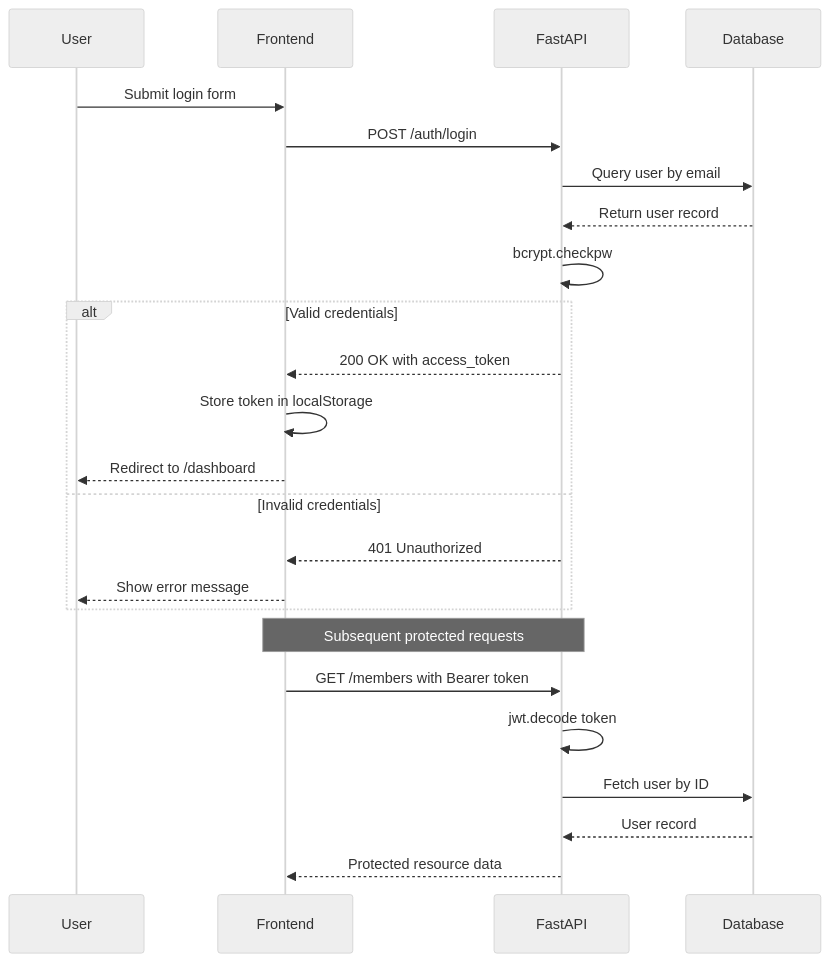
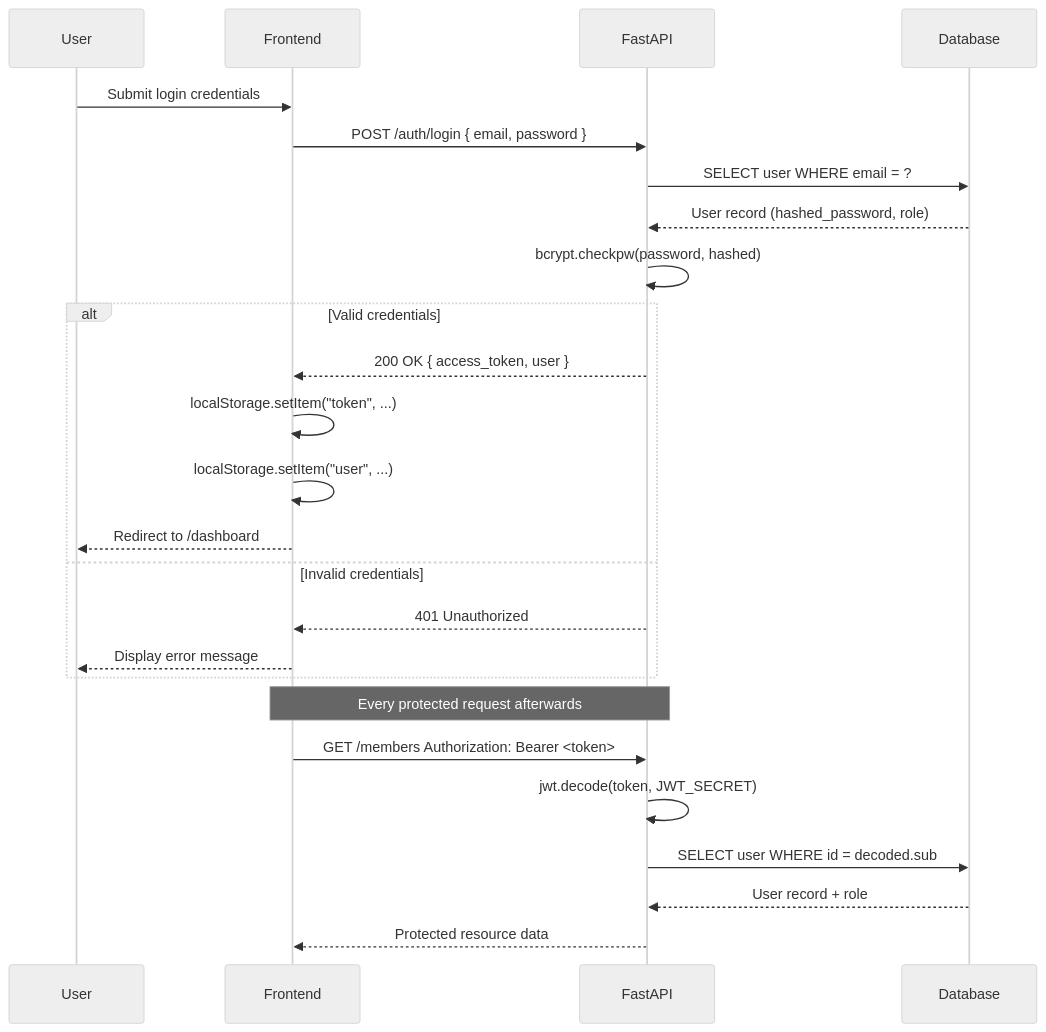
One commit to AkshitaGaur-hub/Student_OS changed the second of 3 diagrams in README.md. Above: the diagram before and after it, drawn with Mermaid (neutral theme). The commit also changed other lines of this file, not shown here.

Commit message:
docs: rewrite README with clean ASCII diagrams, full ER diagram, auth sequence, API reference, RBAC table and project structure — removes emoji characters that render as ??

````diff
--- a/README.md
+++ b/README.md
@@ -169,28 +175,30 @@
 ```mermaid
 sequenceDiagram
     participant User
     participant Frontend
     participant FastAPI
     participant Database
 
-    User->>Frontend: Submit login form
-    Frontend->>FastAPI: POST /auth/login
-    FastAPI->>Database: Query user by email
-    Database-->>FastAPI: Return user record
-    FastAPI->>FastAPI: bcrypt.checkpw
+    User->>Frontend: Submit login credentials
+    Frontend->>FastAPI: POST /auth/login { email, password }
+    FastAPI->>Database: SELECT user WHERE email = ?
+    Database-->>FastAPI: User record (hashed_password, role)
+    FastAPI->>FastAPI: bcrypt.checkpw(password, hashed)
+
     alt Valid credentials
-        FastAPI-->>Frontend: 200 OK with access_token
-        Frontend->>Frontend: Store token in localStorage
+        FastAPI-->>Frontend: 200 OK { access_token, user }
+        Frontend->>Frontend: localStorage.setItem("token", ...)
+        Frontend->>Frontend: localStorage.setItem("user", ...)
         Frontend-->>User: Redirect to /dashboard
     else Invalid credentials
         FastAPI-->>Frontend: 401 Unauthorized
-        Frontend-->>User: Show error message
+        Frontend-->>User: Display error message
     end
 
-    Note over Frontend,FastAPI: Subsequent protected requests
-    Frontend->>FastAPI: GET /members with Bearer token
-    FastAPI->>FastAPI: jwt.decode token
-    FastAPI->>Database: Fetch user by ID
-    Database-->>FastAPI: User record
+    Note over Frontend,FastAPI: Every protected request afterwards
+    Frontend->>FastAPI: GET /members  Authorization: Bearer <token>
+    FastAPI->>FastAPI: jwt.decode(token, JWT_SECRET)
+    FastAPI->>Database: SELECT user WHERE id = decoded.sub
+    Database-->>FastAPI: User record + role
     FastAPI-->>Frontend: Protected resource data
 ```
````
